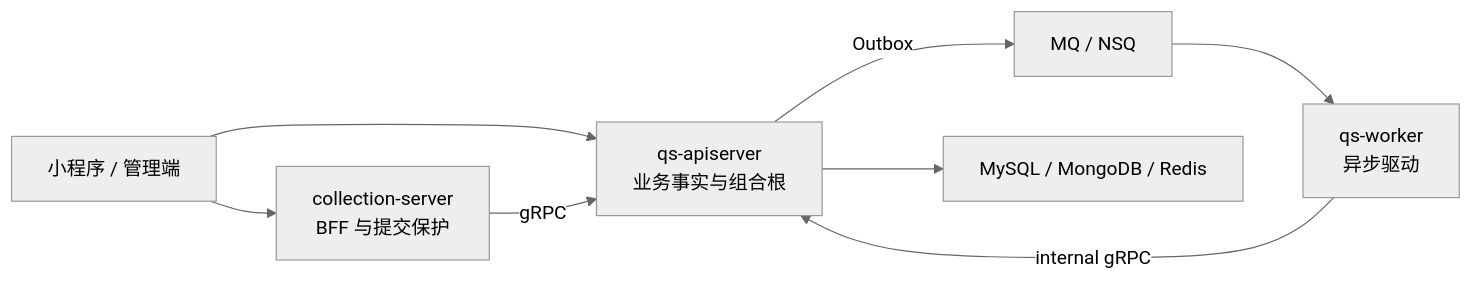
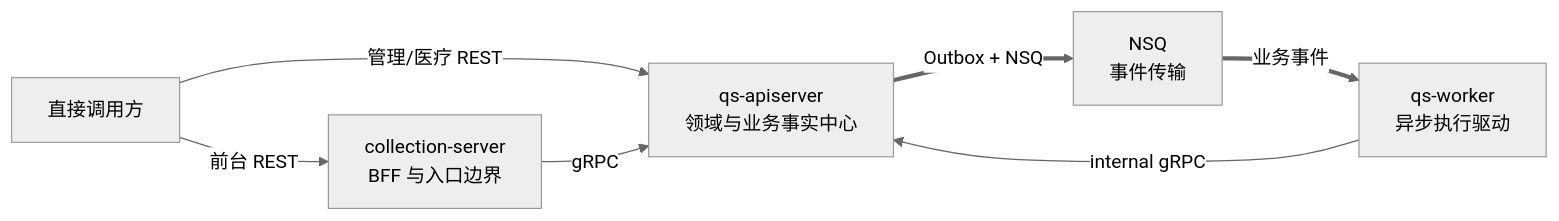
Before and after one commit to FangcunMount/qs-server: the first of 8 diagrams in docs/00-总览/03-系统地图.md, drawn with Mermaid (neutral theme). The commit also changed other lines of this file and 2 other files, not shown here.

````diff
--- a/docs/00-总览/03-系统地图.md
+++ b/docs/00-总览/03-系统地图.md
@@ -7,17 +46,15 @@
 ```mermaid
 flowchart LR
-    Client["小程序 / 管理端"]
-    Collection["collection-server\nBFF 与提交保护"]
-    API["qs-apiserver\n业务事实与组合根"]
-    MQ["MQ / NSQ"]
-    Worker["qs-worker\n异步驱动"]
-    Store["MySQL / MongoDB / Redis"]
+    Caller["直接调用方"]
+    Collection["collection-server<br/>BFF 与入口边界"]
+    API["qs-apiserver<br/>领域与业务事实中心"]
+    MQ["NSQ<br/>事件传输"]
+    Worker["qs-worker<br/>异步执行驱动"]
 
-    Client --> Collection
-    Client --> API
-    Collection -->|gRPC| API
-    API --> Store
-    API -->|Outbox| MQ
-    MQ --> Worker
-    Worker -->|internal gRPC| API
+    Caller -->|"前台 REST"| Collection
+    Caller -->|"管理/医疗 REST"| API
+    Collection -->|"gRPC"| API
+    API ==>|"Outbox + NSQ"| MQ
+    MQ ==>|"业务事件"| Worker
+    Worker -->|"internal gRPC"| API
 ```
````
